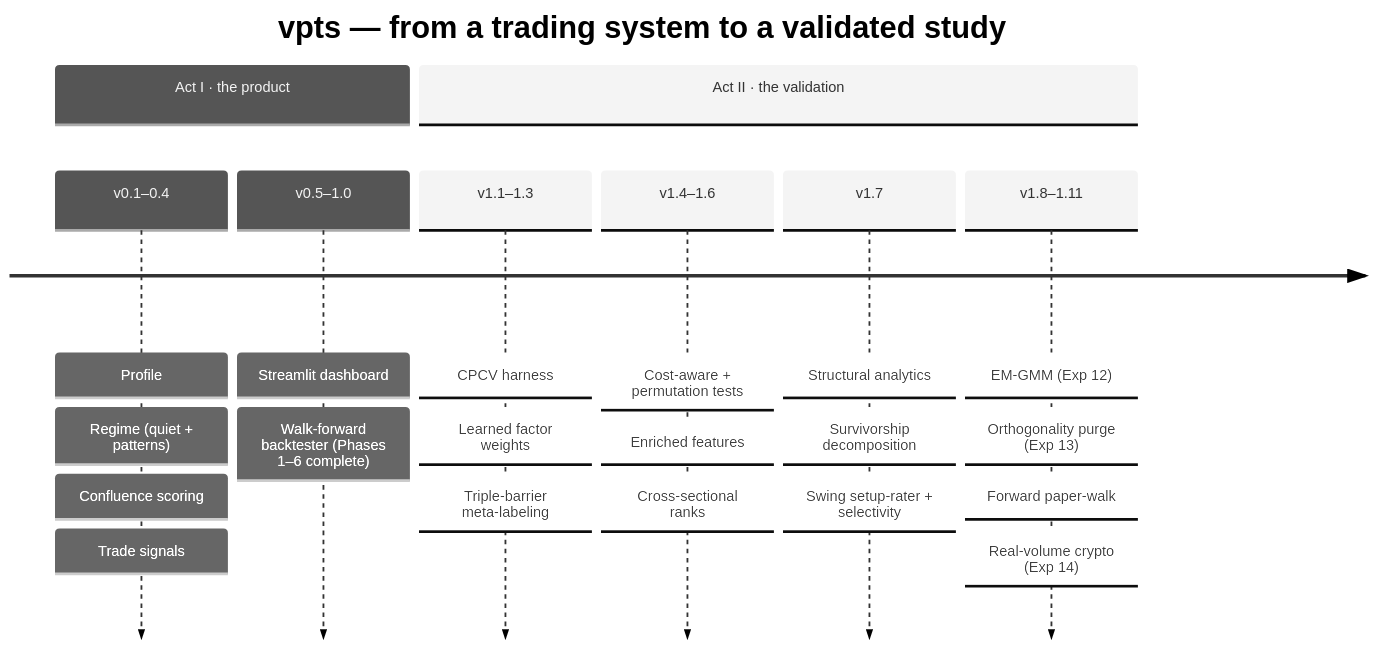
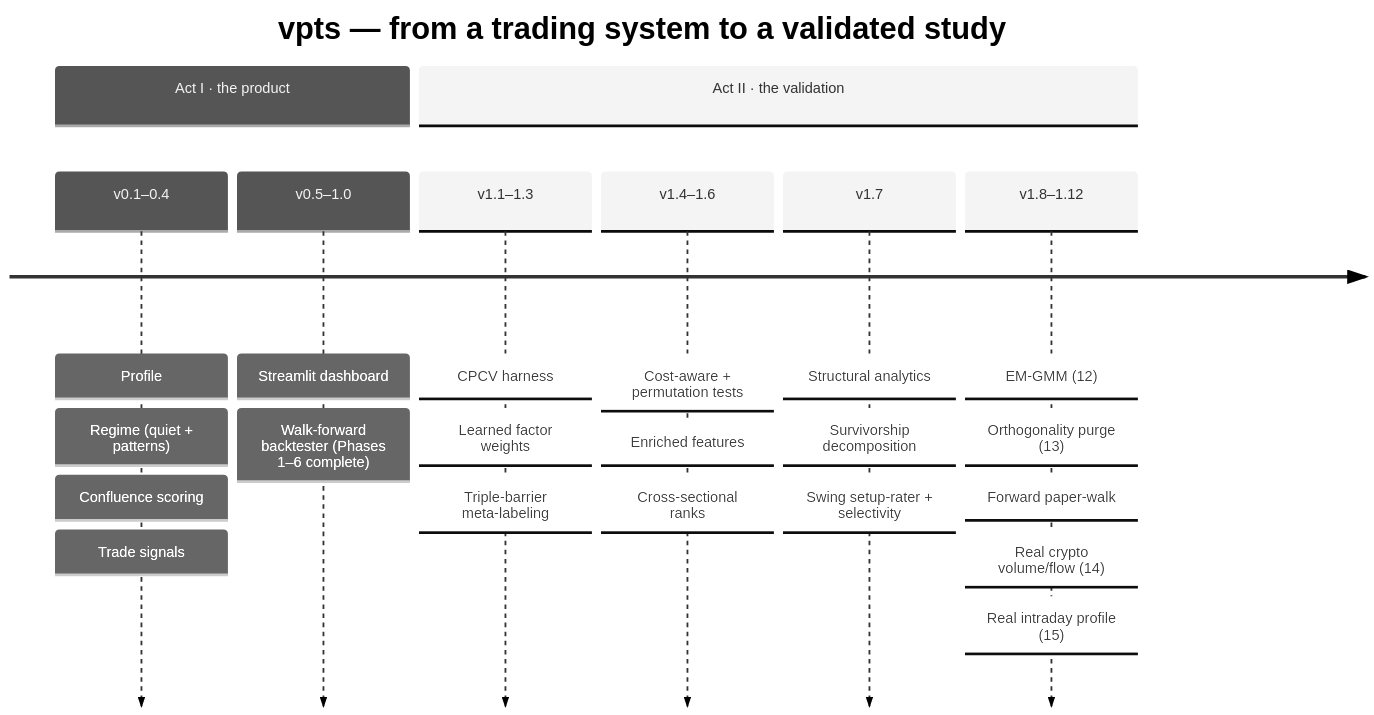
The third of 3 diagrams in README.md (RvL13Capital/Impfdireinen), drawn with Mermaid (neutral theme) before and after one commit. The commit also changed other lines of this file and 10 other files, not shown here.

````diff
--- a/README.md
+++ b/README.md
@@ -219,12 +220,12 @@
 ```mermaid
 timeline
   title vpts — from a trading system to a validated study
   section Act I · the product
     v0.1–0.4 : Profile : Regime (quiet + patterns) : Confluence scoring : Trade signals
     v0.5–1.0 : Streamlit dashboard : Walk-forward backtester (Phases 1–6 complete)
   section Act II · the validation
     v1.1–1.3 : CPCV harness : Learned factor weights : Triple-barrier meta-labeling
     v1.4–1.6 : Cost-aware + permutation tests : Enriched features : Cross-sectional ranks
     v1.7 : Structural analytics : Survivorship decomposition : Swing setup-rater + selectivity
-    v1.8–1.11 : EM-GMM (Exp 12) : Orthogonality purge (Exp 13) : Forward paper-walk : Real-volume crypto (Exp 14)
+    v1.8–1.12 : EM-GMM (12) : Orthogonality purge (13) : Forward paper-walk : Real crypto volume/flow (14) : Real intraday profile (15)
 ```
````
